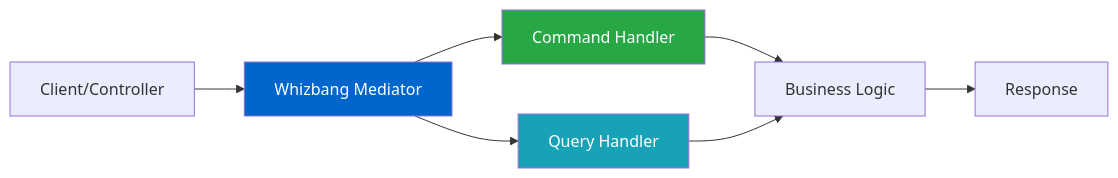
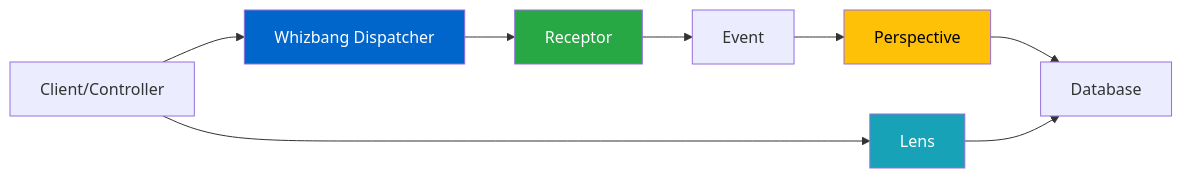
One commit to whizbang-lib/whizbang-lib.github.io changed the diagram in src/assets/docs/usage-patterns/simple-mediator.md. Above: the diagram before and after it, drawn with Mermaid. The commit also changed other lines of this file and 13 other files, not shown here.

````diff
--- a/src/assets/docs/usage-patterns/simple-mediator.md
+++ b/src/assets/docs/usage-patterns/simple-mediator.md
@@ -30,13 +30,15 @@
 ```mermaid
 graph LR
-    Client[Client/Controller] --> Mediator[Whizbang Mediator]
-    Mediator --> CH[Command Handler]
-    Mediator --> QH[Query Handler]
-    CH --> Service[Business Logic]
-    QH --> Service
-    Service --> Response[Response]
+    Client[Client/Controller] --> Dispatcher[Whizbang Dispatcher]
+    Dispatcher --> Receptor[Receptor]
+    Receptor --> Event[Event]
+    Event --> Perspective[Perspective]
+    Perspective --> DB[Database]
+    Client --> Lens[Lens]
+    Lens --> DB
     
-    style Mediator fill:#0066cc,color:#fff
-    style CH fill:#28a745,color:#fff
-    style QH fill:#17a2b8,color:#fff
+    style Dispatcher fill:#0066cc,color:#fff
+    style Receptor fill:#28a745,color:#fff
+    style Perspective fill:#ffc107,color:#000
+    style Lens fill:#17a2b8,color:#fff
 ```
````
